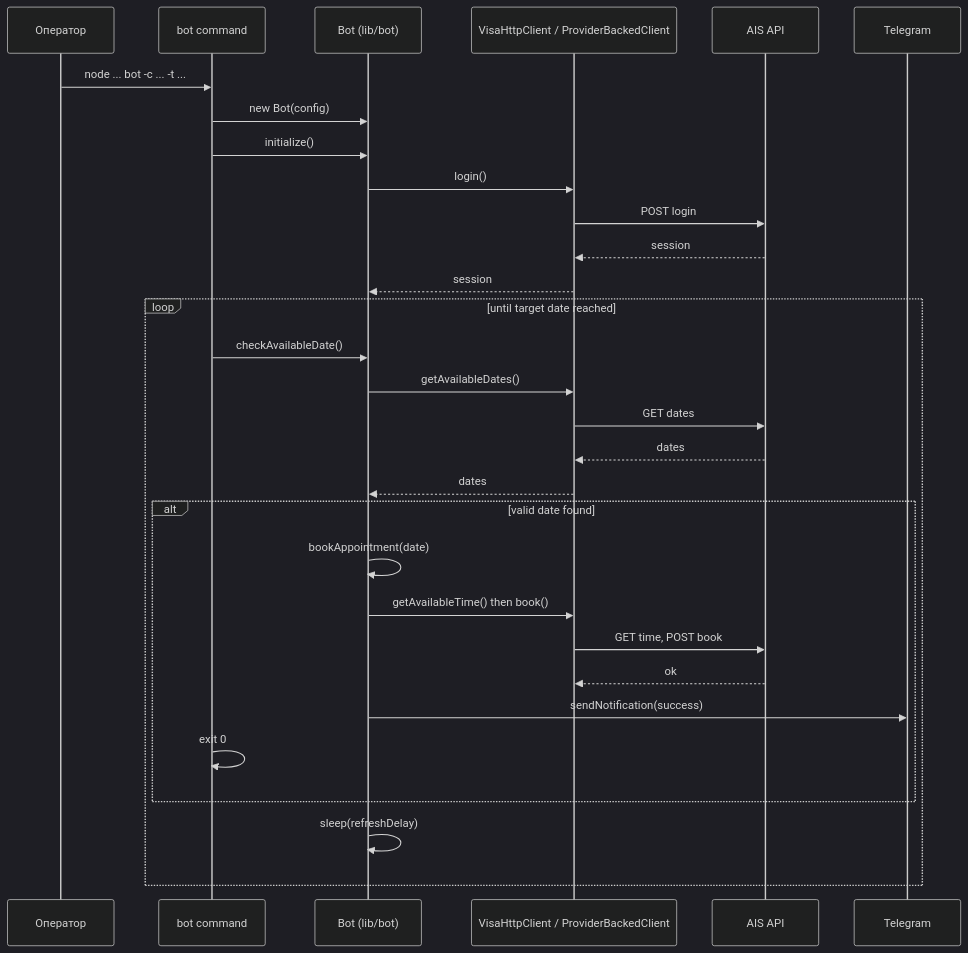
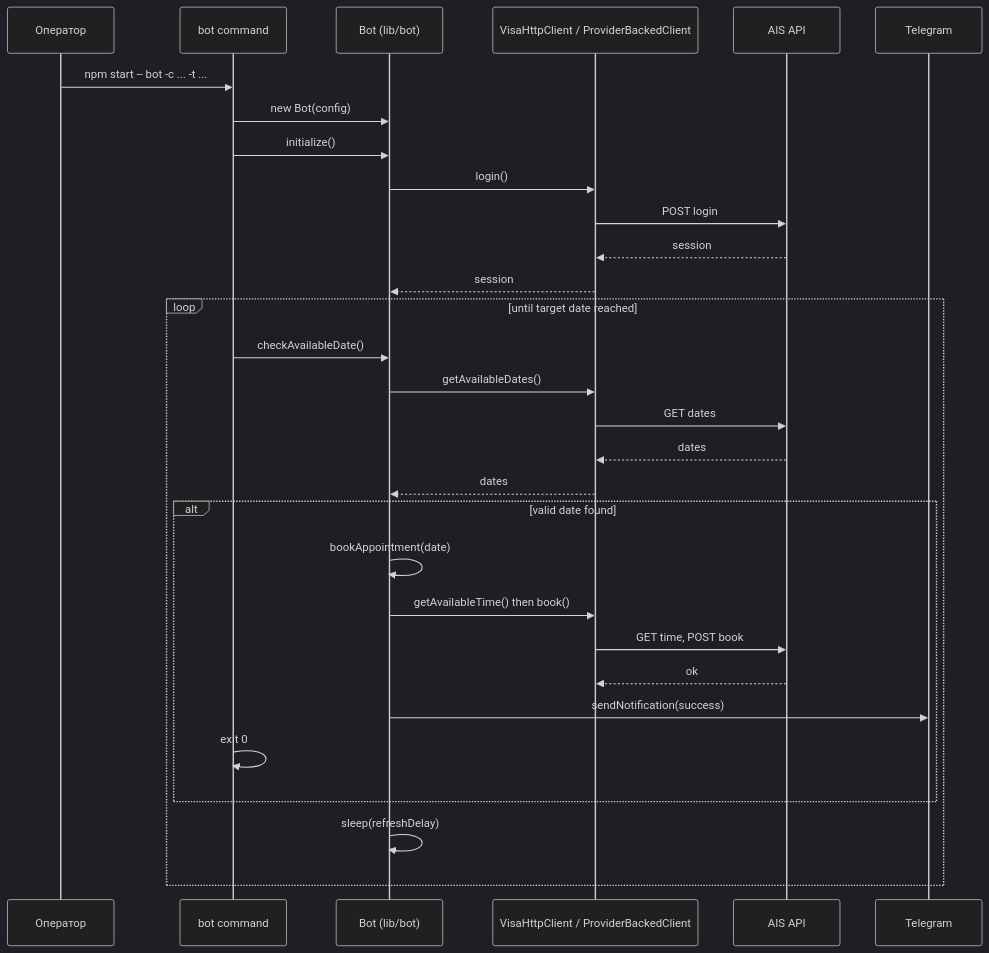
Before and after one commit to galtsev18/visa_bot: the eighth of 8 diagrams in docs/DIAGRAMS.md, drawn with Mermaid (dark theme). The commit also changed other lines of this file and 9 other files, not shown here.

````diff
--- a/docs/DIAGRAMS.md
+++ b/docs/DIAGRAMS.md
@@ -290,34 +300,34 @@
 ```mermaid
 sequenceDiagram
     participant Op as Оператор
     participant CLI as bot command
     participant Bot as Bot (lib/bot)
     participant Client as VisaHttpClient / ProviderBackedClient
     participant AIS as AIS API
     participant TG as Telegram
 
-    Op->>CLI: node ... bot -c ... -t ...
+    Op->>CLI: npm start -- bot -c ... -t ...
     CLI->>Bot: new Bot(config)
     CLI->>Bot: initialize()
     Bot->>Client: login()
     Client->>AIS: POST login
     AIS-->>Client: session
     Client-->>Bot: session
 
     loop until target date reached
         CLI->>Bot: checkAvailableDate()
         Bot->>Client: getAvailableDates()
         Client->>AIS: GET dates
         AIS-->>Client: dates
         Client-->>Bot: dates
         alt valid date found
             Bot->>Bot: bookAppointment(date)
             Bot->>Client: getAvailableTime() then book()
             Client->>AIS: GET time, POST book
             AIS-->>Client: ok
             Bot->>TG: sendNotification(success)
             CLI->>CLI: exit 0
         end
         Bot->>Bot: sleep(refreshDelay)
     end
 ```
````
